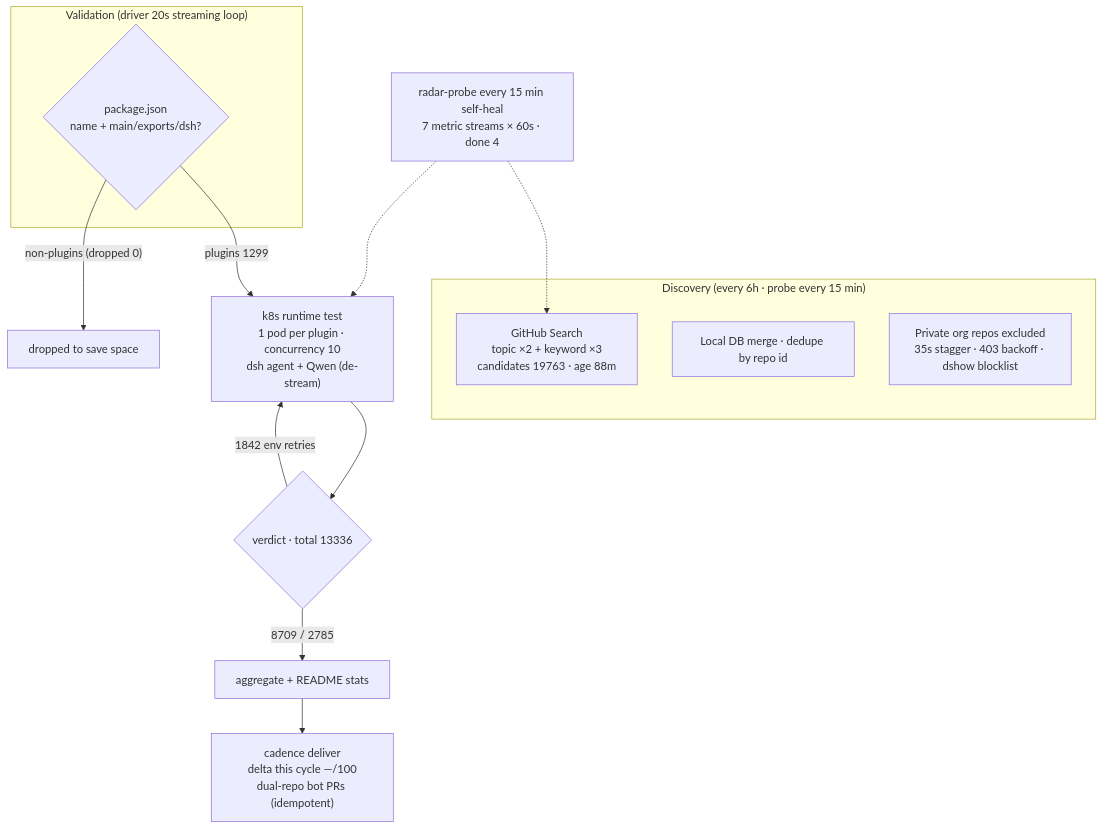
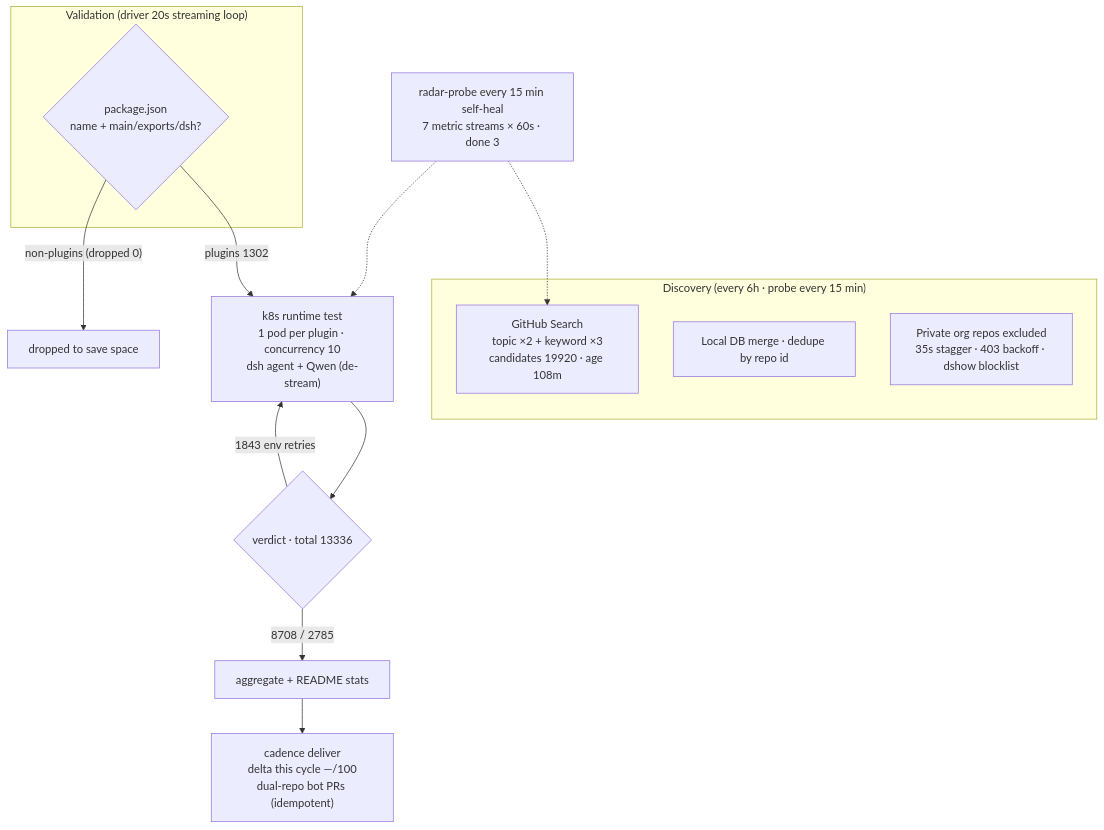
The diagram in README.en-US.md (AdamPlatin123/dsh-plugin-radar), drawn with Mermaid before and after one commit. The commit also changed other lines of this file and 15 other files, not shown here.

````diff
--- a/README.en-US.md
+++ b/README.en-US.md
@@ -45,20 +45,20 @@
 ```mermaid
 flowchart TB
     subgraph Discovery["Discovery (every 6h · probe every 15 min)"]
-        A1["GitHub Search<br/>topic ×2 + keyword ×3<br/>candidates 19763 · age 88m"]
+        A1["GitHub Search<br/>topic ×2 + keyword ×3<br/>candidates 19920 · age 108m"]
         A2["Local DB merge · dedupe by repo id"]
         A3["Private org repos excluded<br/>35s stagger · 403 backoff · dshow blocklist"]
     end
     subgraph Validation["Validation (driver 20s streaming loop)"]
         B1{"package.json<br/>name + main/exports/dsh?"}
     end
-    B1 -->|"plugins 1299"| C1["k8s runtime test<br/>1 pod per plugin · concurrency 10<br/>dsh agent + Qwen (de-stream)"]
+    B1 -->|"plugins 1302"| C1["k8s runtime test<br/>1 pod per plugin · concurrency 10<br/>dsh agent + Qwen (de-stream)"]
     B1 -->|"non-plugins (dropped 0)"| B3["dropped to save space"]
     C1 --> D1{"verdict · total 13336"}
-    D1 -->|"8709 / 2785"| E1["aggregate + README stats"]
-    D1 -->|"1842 env retries"| C1
+    D1 -->|"8708 / 2785"| E1["aggregate + README stats"]
+    D1 -->|"1843 env retries"| C1
     E1 --> E2["cadence deliver<br/>delta this cycle —/100<br/>dual-repo bot PRs (idempotent)"]
-    M["radar-probe every 15 min self-heal<br/>7 metric streams × 60s · done 4"]
+    M["radar-probe every 15 min self-heal<br/>7 metric streams × 60s · done 3"]
     M -.-> A1
     M -.-> C1
 ```
````
